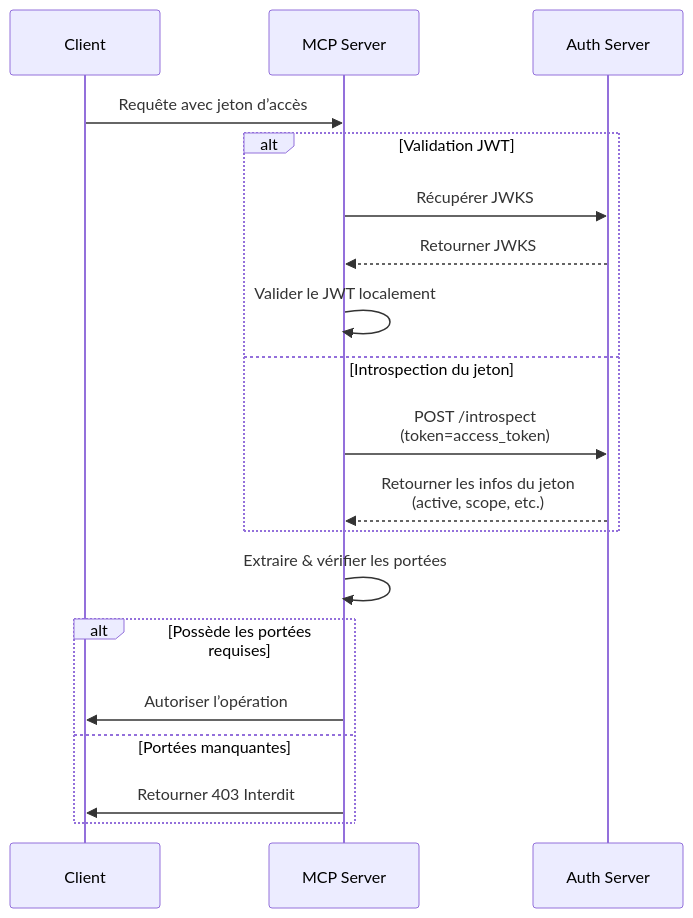
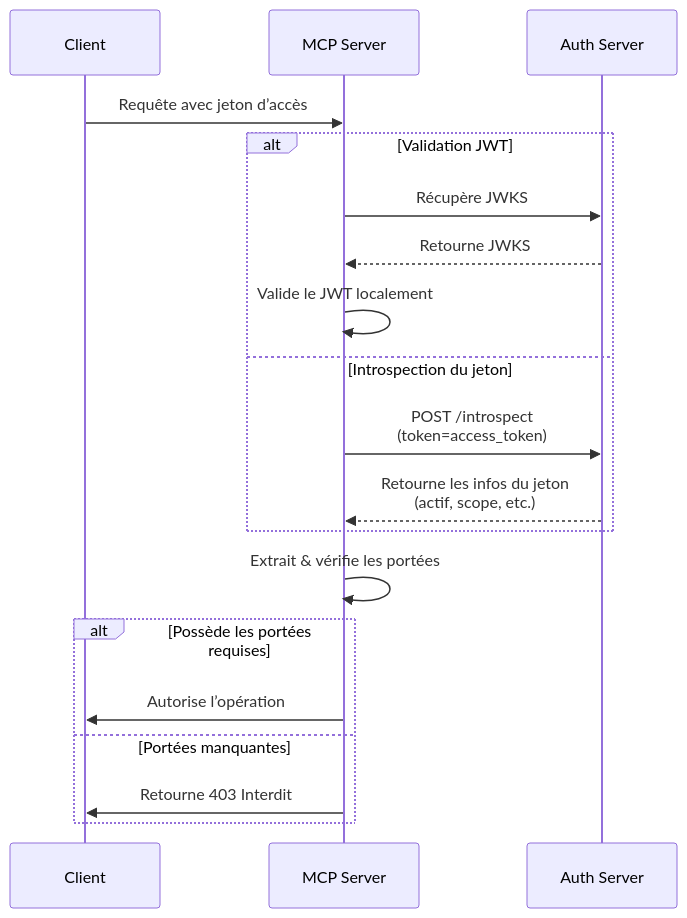
Before and after one commit to mcp-auth/docs: the second of 2 diagrams in i18n/fr/docusaurus-plugin-content-docs/current/tutorials/todo-manager/README.mdx, drawn with Mermaid. The commit also changed other lines of this file and 17 other files, not shown here.

````diff
--- a/i18n/fr/docusaurus-plugin-content-docs/current/tutorials/todo-manager/README.mdx
+++ b/i18n/fr/docusaurus-plugin-content-docs/current/tutorials/todo-manager/README.mdx
@@ -120,25 +159,25 @@
 ```mermaid
 sequenceDiagram
     participant Client
     participant MCP Server
     participant Auth Server
 
     Client->>MCP Server: Requête avec jeton d’accès
 
     alt Validation JWT
-        MCP Server->>Auth Server: Récupérer JWKS
-        Auth Server-->>MCP Server: Retourner JWKS
-        MCP Server->>MCP Server: Valider le JWT localement
+        MCP Server->>Auth Server: Récupère JWKS
+        Auth Server-->>MCP Server: Retourne JWKS
+        MCP Server->>MCP Server: Valide le JWT localement
     else Introspection du jeton
         MCP Server->>Auth Server: POST /introspect<br/>(token=access_token)
-        Auth Server-->>MCP Server: Retourner les infos du jeton<br/>(active, scope, etc.)
+        Auth Server-->>MCP Server: Retourne les infos du jeton<br/>(actif, scope, etc.)
     end
 
-    MCP Server->>MCP Server: Extraire & vérifier les portées
+    MCP Server->>MCP Server: Extrait & vérifie les portées
 
     alt Possède les portées requises
-        MCP Server->>Client: Autoriser l’opération
+        MCP Server->>Client: Autorise l’opération
     else Portées manquantes
-        MCP Server->>Client: Retourner 403 Interdit
+        MCP Server->>Client: Retourne 403 Interdit
     end
 ```
````
